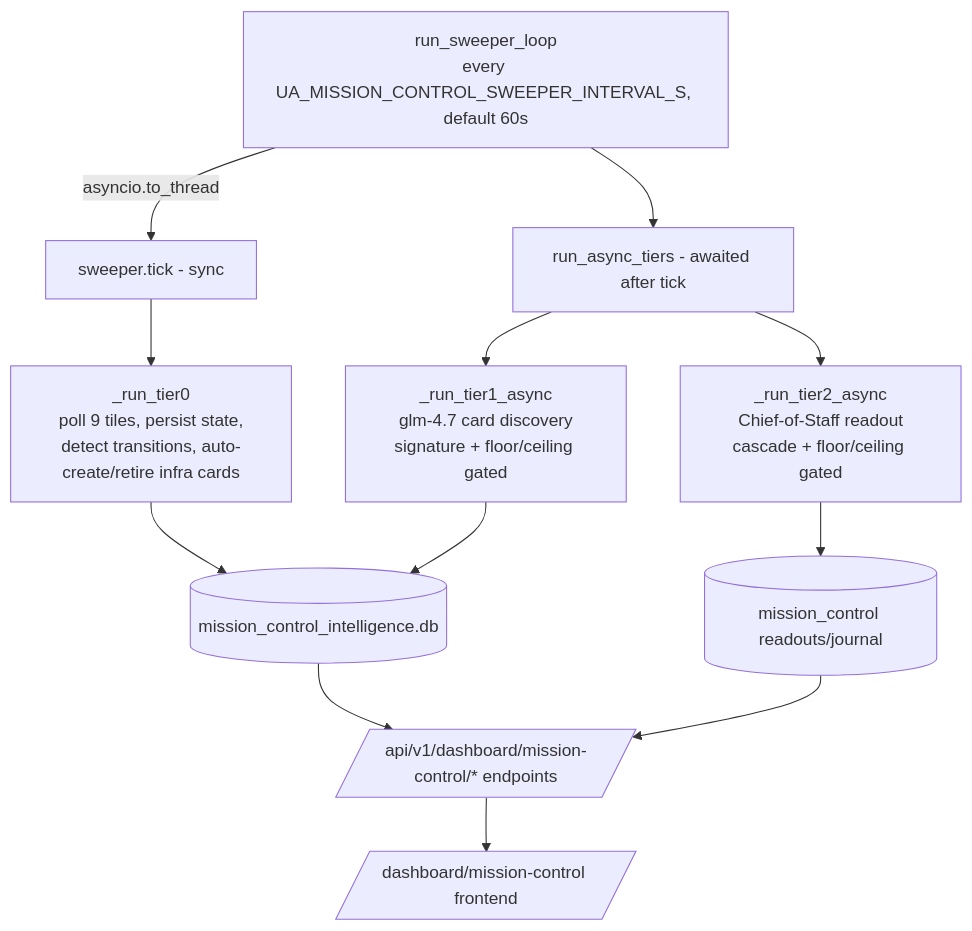
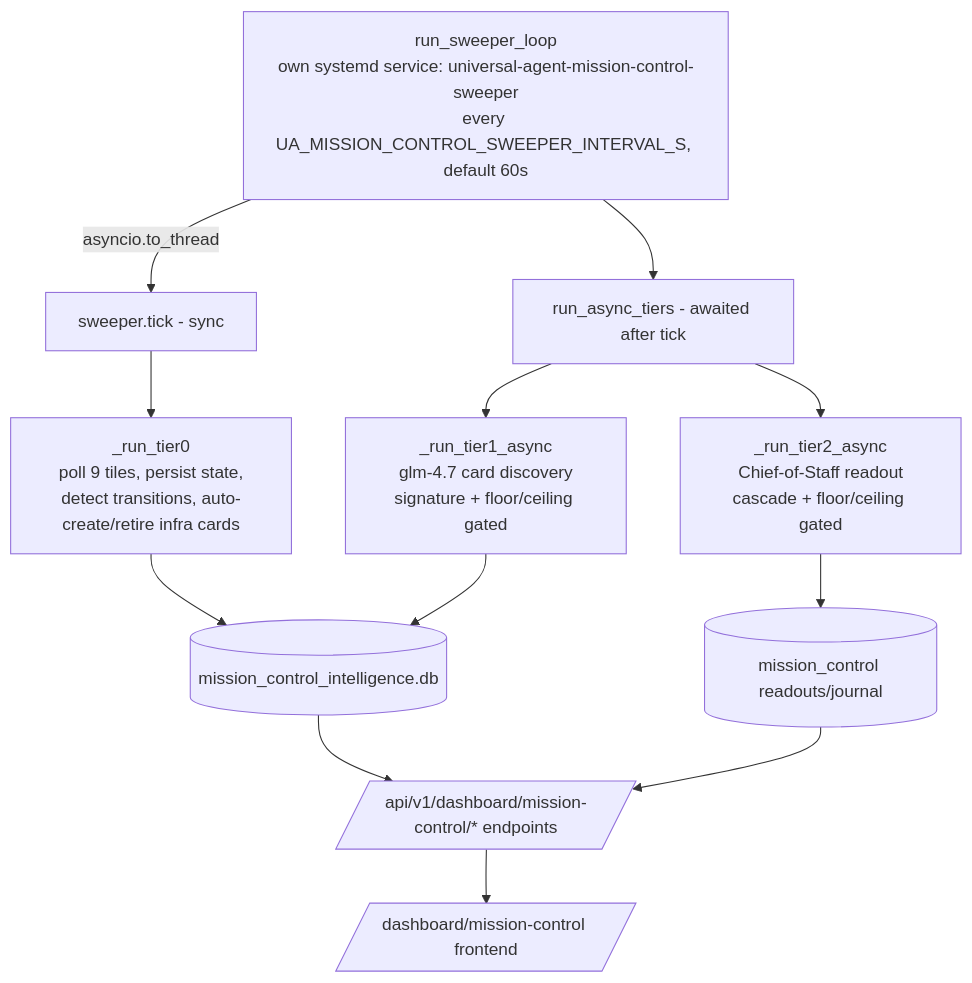
One commit to Kjdragan/universal_agent changed the first of 2 diagrams in project_docs/04_intelligence/11_mission_control_intelligence.md. Above: the diagram before and after it, drawn with Mermaid. The commit also changed other lines of this file and 9 other files, not shown here.

````diff
--- a/project_docs/04_intelligence/11_mission_control_intelligence.md
+++ b/project_docs/04_intelligence/11_mission_control_intelligence.md
@@ -63,14 +64,14 @@
 ```mermaid
 flowchart TD
-    LOOP[run_sweeper_loop<br/>every UA_MISSION_CONTROL_SWEEPER_INTERVAL_S, default 60s] -->|asyncio.to_thread| TICK[sweeper.tick - sync]
+    LOOP[run_sweeper_loop<br/>own systemd service: universal-agent-mission-control-sweeper<br/>every UA_MISSION_CONTROL_SWEEPER_INTERVAL_S, default 60s] -->|asyncio.to_thread| TICK[sweeper.tick - sync]
     TICK --> T0[_run_tier0<br/>poll 9 tiles, persist state,<br/>detect transitions, auto-create/retire infra cards]
     LOOP --> ASYNC[run_async_tiers - awaited after tick]
     ASYNC --> T1[_run_tier1_async<br/>glm-4.7 card discovery<br/>signature + floor/ceiling gated]
     ASYNC --> T2[_run_tier2_async<br/>Chief-of-Staff readout<br/>cascade + floor/ceiling gated]
     T0 --> MCDB[(mission_control_intelligence.db)]
     T1 --> MCDB
     T2 --> COSDB[(mission_control readouts/journal)]
     MCDB --> EP[/api/v1/dashboard/mission-control/* endpoints/]
     COSDB --> EP
     EP --> UI[/dashboard/mission-control frontend/]
 ```
````
